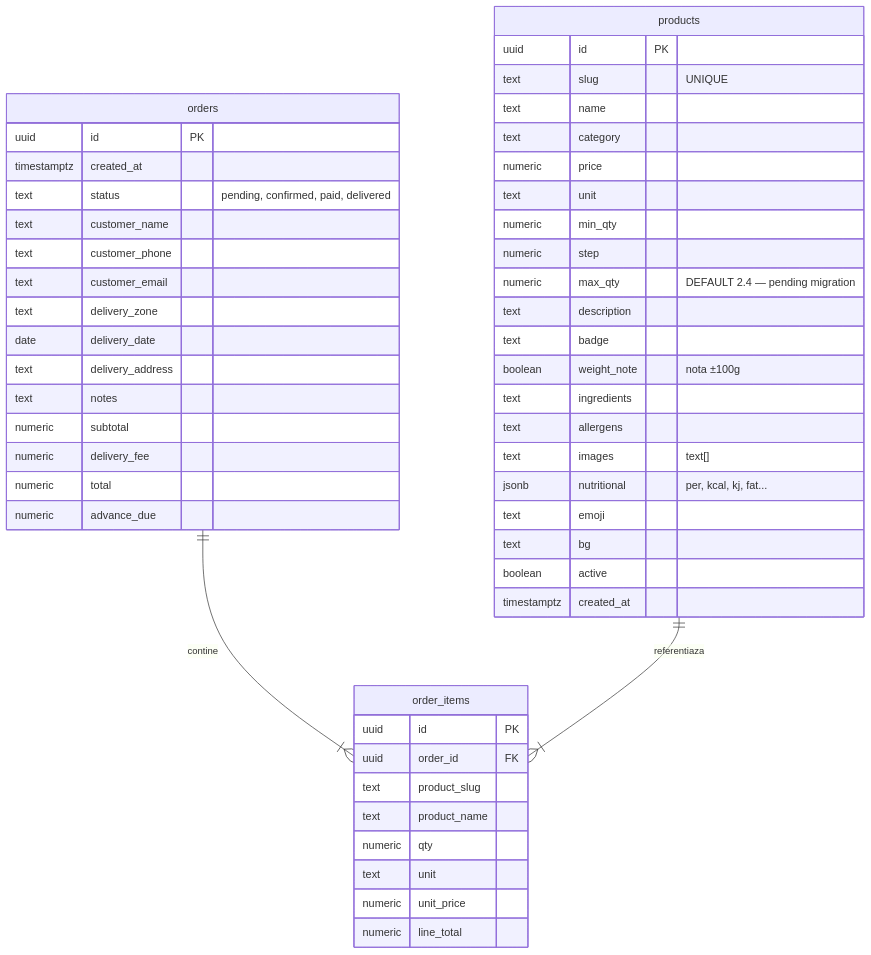
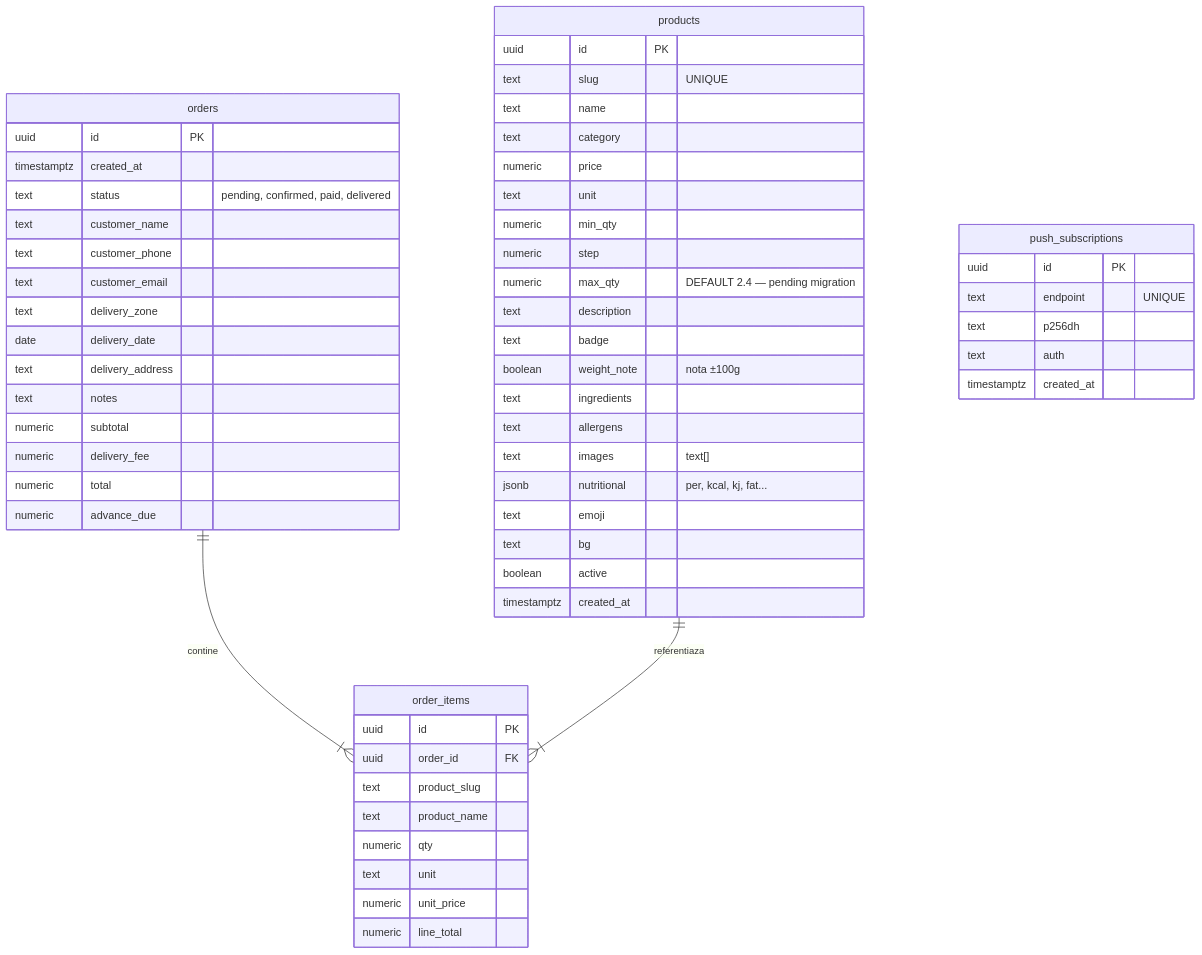
Before and after one commit to EmanuelRado/biocake: the first of 2 diagrams in Arhitectura Sistemului.md, drawn with Mermaid. The commit also changed other lines of this file and 7 other files, not shown here.

````diff
--- a/Arhitectura Sistemului.md
+++ b/Arhitectura Sistemului.md
@@ -25,56 +26,64 @@
 ```mermaid
 erDiagram
     products {
         uuid id PK
         text slug "UNIQUE"
         text name
         text category
         numeric price
         text unit
         numeric min_qty
         numeric step
         numeric max_qty "DEFAULT 2.4 — pending migration"
         text description
         text badge
         boolean weight_note "nota ±100g"
         text ingredients
         text allergens
         text images "text[]"
         jsonb nutritional "per, kcal, kj, fat..."
         text emoji
         text bg
         boolean active
         timestamptz created_at
     }
     
     orders {
         uuid id PK
         timestamptz created_at
         text status "pending, confirmed, paid, delivered"
         text customer_name
         text customer_phone
         text customer_email
         text delivery_zone
         date delivery_date
         text delivery_address
         text notes
         numeric subtotal
         numeric delivery_fee
         numeric total
         numeric advance_due
     }
     
     order_items {
         uuid id PK
         uuid order_id FK
         text product_slug
         text product_name
         numeric qty
         text unit
         numeric unit_price
         numeric line_total
     }
 
+    push_subscriptions {
+        uuid id PK
+        text endpoint "UNIQUE"
+        text p256dh
+        text auth
+        timestamptz created_at
+    }
+
     orders ||--|{ order_items : "contine"
     products ||--|{ order_items : "referentiaza"
 ```
````
